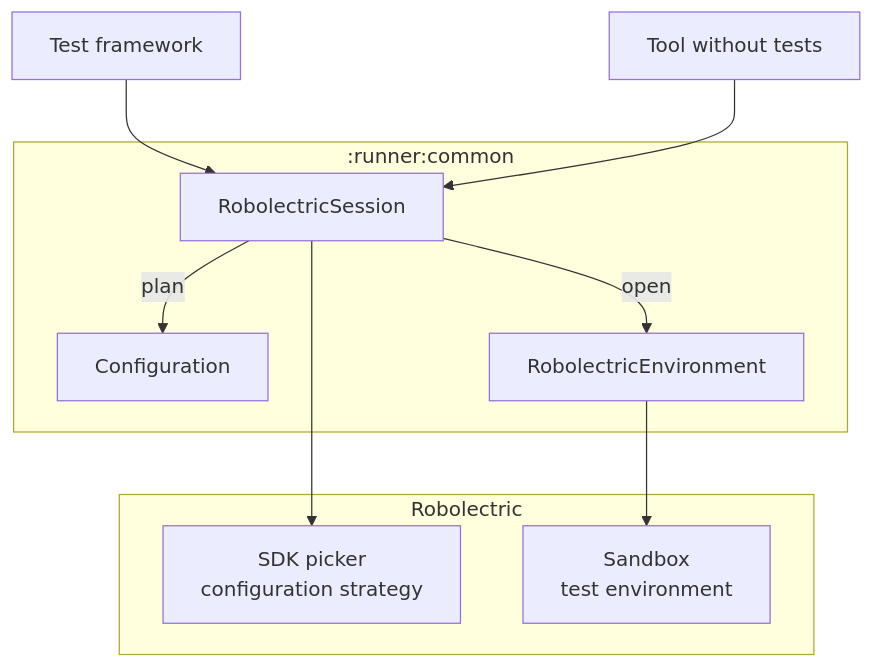
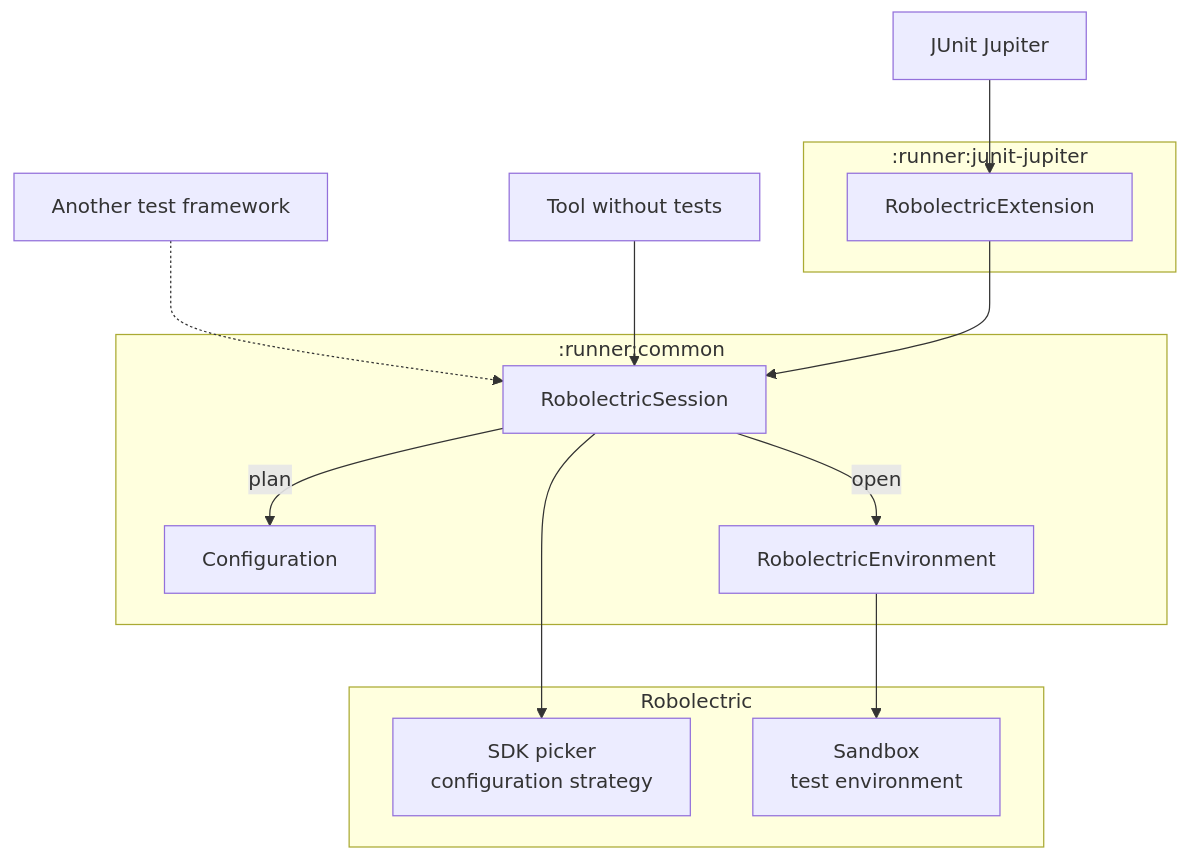
The first of 2 diagrams in runner/README.md (robolectric/robolectric), drawn with Mermaid before and after one commit. The commit also changed other lines of this file and 51 other files, not shown here.

First line of the commit message:
feat(runner): add a JUnit Jupiter extension

````diff
--- a/runner/README.md
+++ b/runner/README.md
@@ -12,18 +59,24 @@
 ```mermaid
 flowchart TD
-  framework["Test framework"] --> session
+  junit["JUnit Jupiter"] --> extension
+  framework["Another test framework"] -.-> session
   tool["Tool without tests"] --> session
+
+  subgraph jupiter [":runner:junit-jupiter"]
+    extension["RobolectricExtension"]
+  end
 
   subgraph common [":runner:common"]
     session["RobolectricSession"] -- plan --> configuration["Configuration"]
     session -- open --> environment["RobolectricEnvironment"]
   end
 
   subgraph robolectric ["Robolectric"]
     selection["SDK picker<br/>configuration strategy"]
     sandbox["Sandbox<br/>test environment"]
   end
 
+  extension --> session
   session --> selection
   environment --> sandbox
 ```
````
